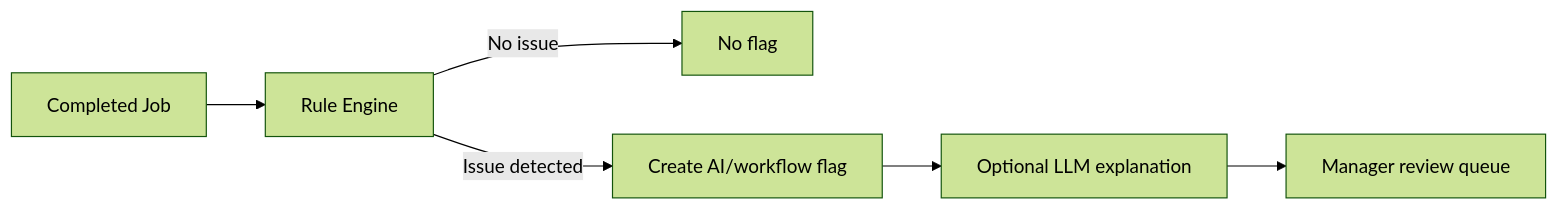
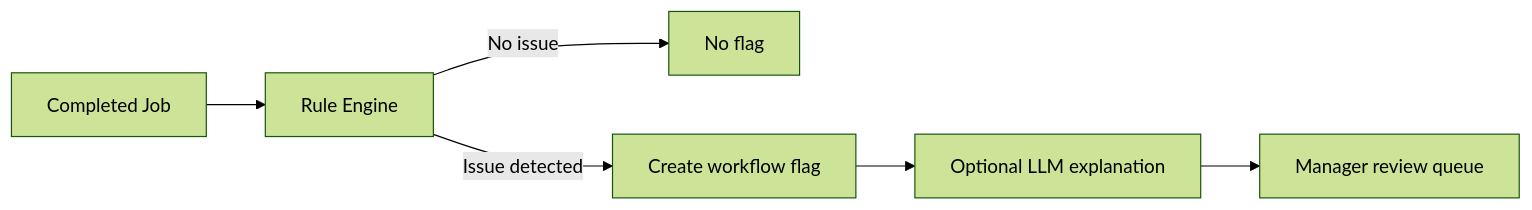
The seventh of 12 diagrams in docs/SYSTEM_SPEC.md (wong001110/sejukops-assessment), drawn with Mermaid (forest theme) before and after one commit. The commit also changed other lines of this file, not shown here.

````diff
--- a/docs/SYSTEM_SPEC.md
+++ b/docs/SYSTEM_SPEC.md
@@ -587,8 +534,8 @@
 ```mermaid
 flowchart LR
     J[Completed Job] --> R[Rule Engine]
     R -->|No issue| N[No flag]
-    R -->|Issue detected| F[Create AI/workflow flag]
+    R -->|Issue detected| F[Create workflow flag]
     F --> L[Optional LLM explanation]
     L --> M[Manager review queue]
 ```
````
